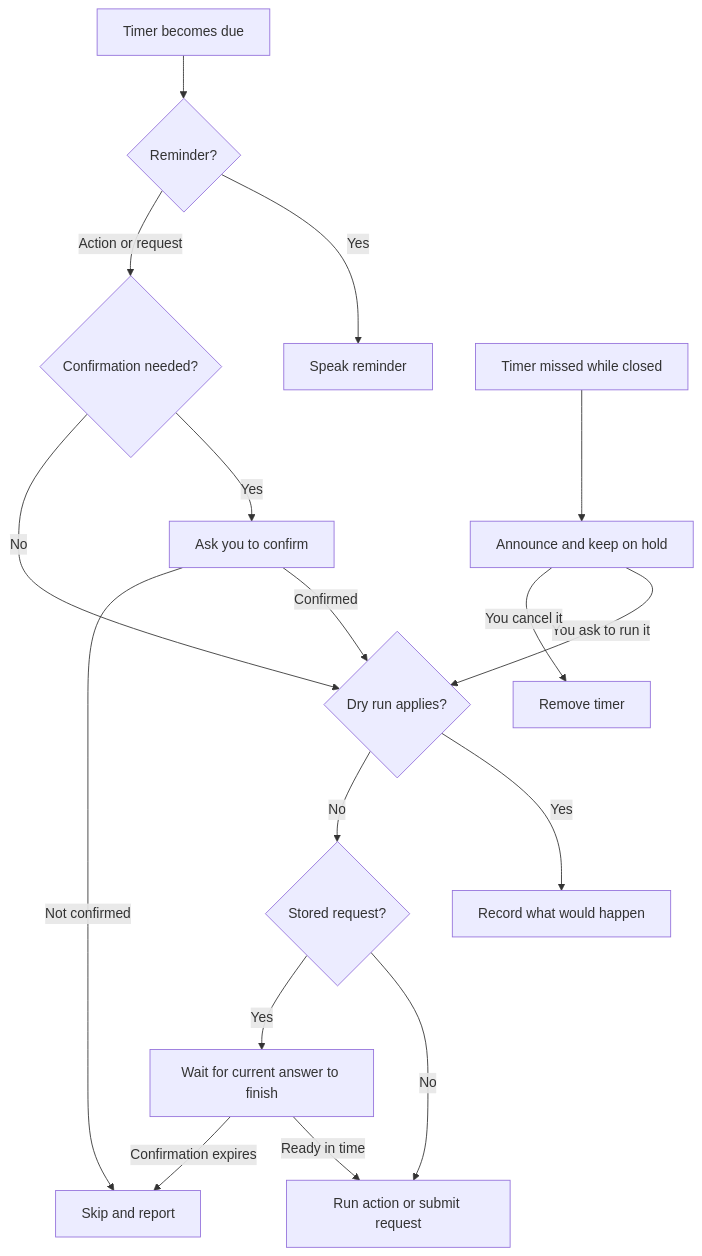
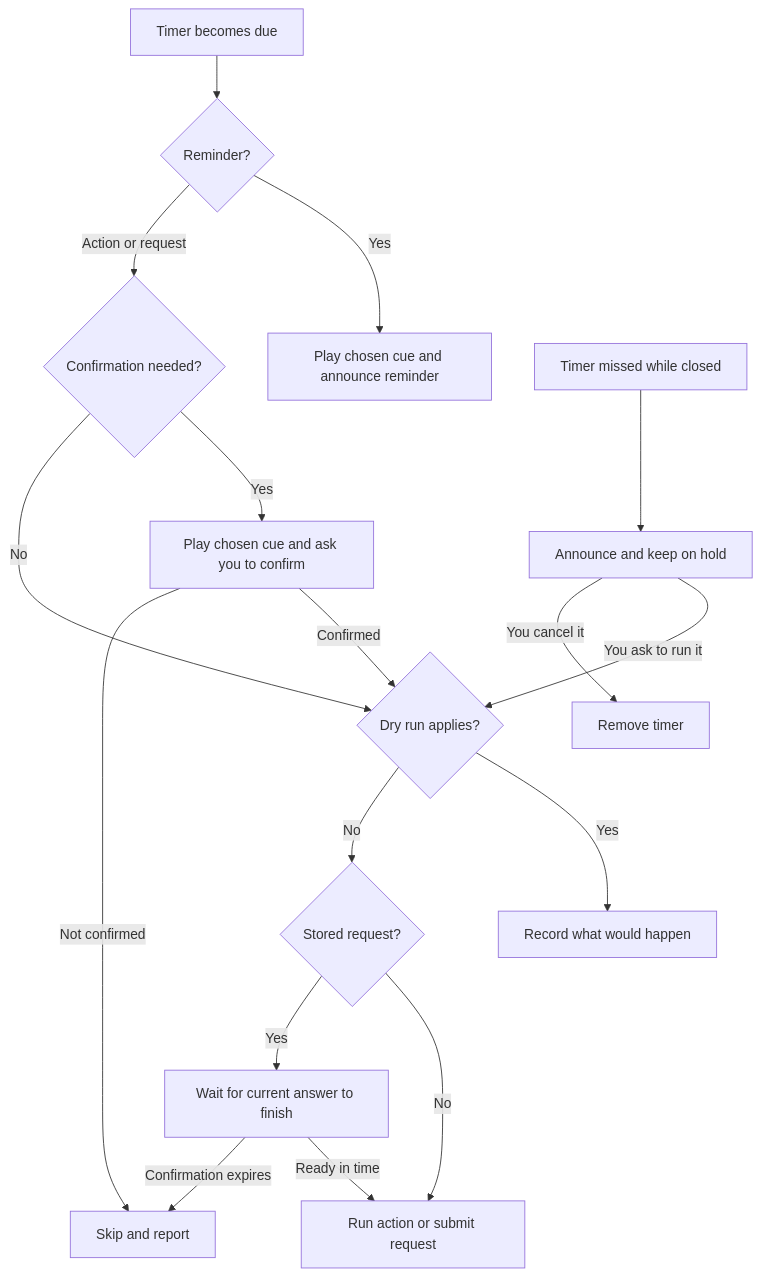
The diagram in README.md (Fowlplaychiken/wingman-enhanced-timers), drawn with Mermaid before and after one commit. The commit also changed other lines of this file and 7 other files, not shown here.

````diff
--- a/README.md
+++ b/README.md
@@ -53,19 +58,19 @@
 ```mermaid
 flowchart TD
     Due[Timer becomes due] --> Kind{Reminder?}
-    Kind -- Yes --> Speak[Speak reminder]
+    Kind -- Yes --> Speak[Play chosen cue and announce reminder]
     Kind -- Action or request --> Need{Confirmation needed?}
-    Need -- Yes --> Ask[Ask you to confirm]
+    Need -- Yes --> Ask[Play chosen cue and ask you to confirm]
     Ask -- Confirmed --> Dry{Dry run applies?}
     Ask -- Not confirmed --> Skip[Skip and report]
     Need -- No --> Dry
     Dry -- Yes --> Record[Record what would happen]
     Dry -- No --> Request{Stored request?}
     Request -- No --> Run[Run action or submit request]
     Request -- Yes --> Wait[Wait for current answer to finish]
     Wait -- Ready in time --> Run
     Wait -- Confirmation expires --> Skip
     Missed[Timer missed while closed] --> Hold[Announce and keep on hold]
     Hold -- You ask to run it --> Dry
     Hold -- You cancel it --> Remove[Remove timer]
 ```
````
